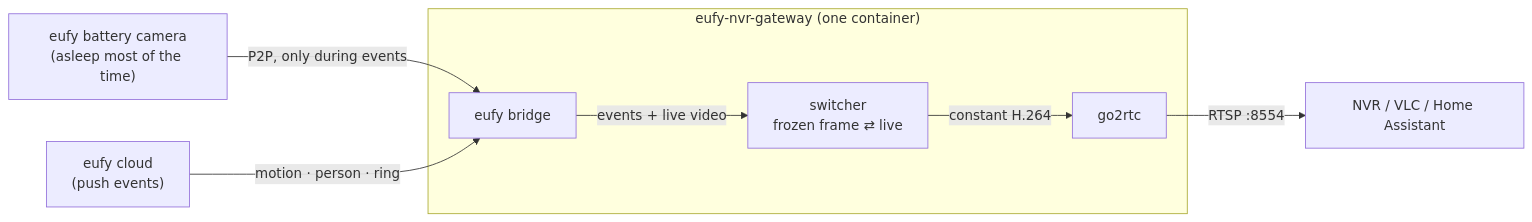
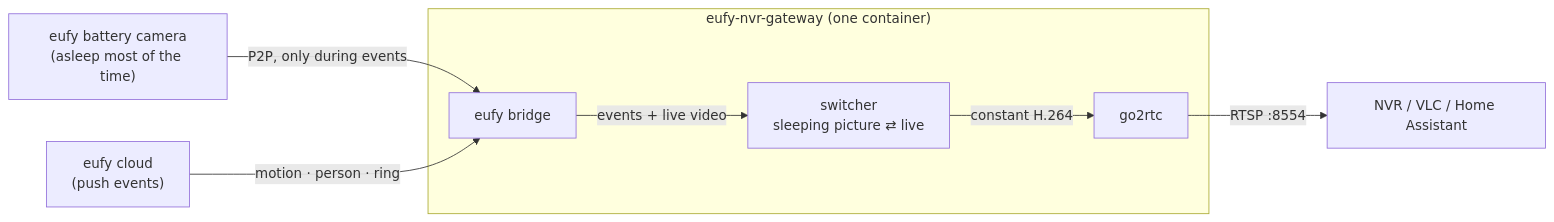
One commit to dbanky/eufy-nvr-gateway changed the diagram in README.md. Above: the diagram before and after it, drawn with Mermaid. The commit also changed other lines of this file and 17 other files, not shown here.

````diff
--- a/README.md
+++ b/README.md
@@ -22,10 +22,10 @@
 ```mermaid
 flowchart LR
   cam["eufy battery camera<br>(asleep most of the time)"] -- "P2P, only during events" --> bridge
   cloud["eufy cloud<br>(push events)"] -- "motion · person · ring" --> bridge
   subgraph container ["eufy-nvr-gateway (one container)"]
-    bridge["eufy bridge"] -- "events + live video" --> switcher["switcher<br>frozen frame ⇄ live"]
+    bridge["eufy bridge"] -- "events + live video" --> switcher["switcher<br>sleeping picture ⇄ live"]
     switcher -- "constant H.264" --> go2rtc
   end
   go2rtc -- "RTSP :8554" --> nvr["NVR / VLC / Home Assistant"]
 ```
````
